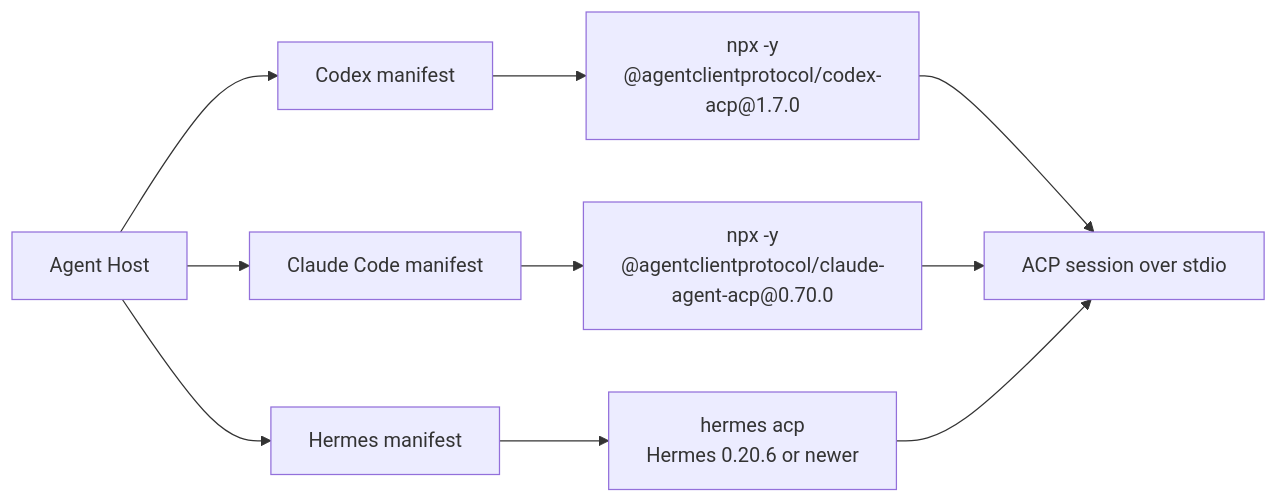
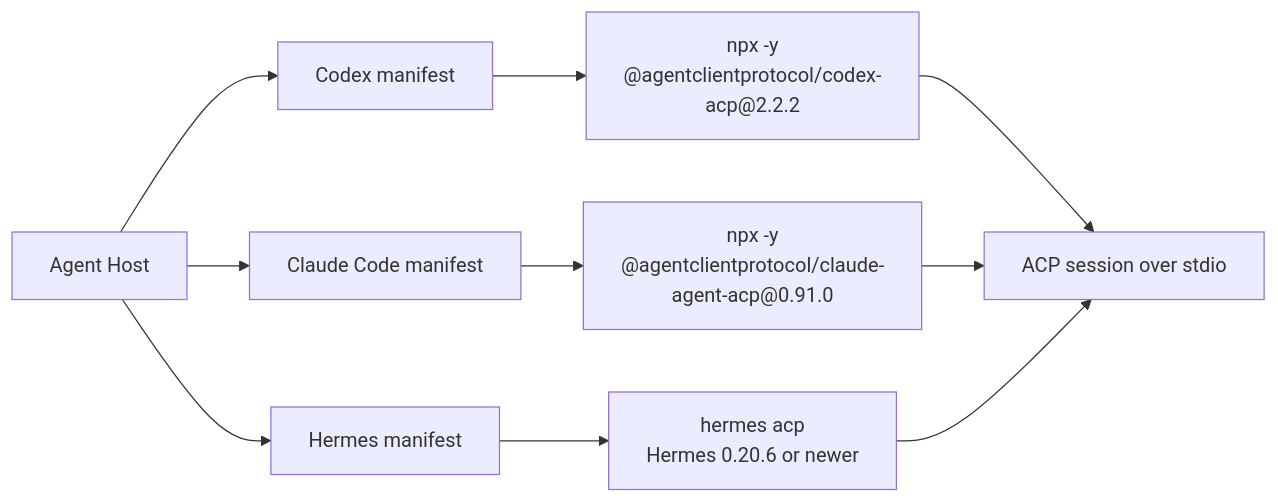
Before and after one commit to LayerNorm/overlay-web: the sixth of 8 diagrams in internal/develop/bring-your-own-agents.md, drawn with Mermaid. The commit also changed other lines of this file and 71 other files, not shown here.

````diff
--- a/internal/develop/bring-your-own-agents.md
+++ b/internal/develop/bring-your-own-agents.md
@@ -911,15 +853,15 @@
 ```mermaid
 flowchart LR
     Host["Agent Host"]
     Codex["Codex manifest"]
     Claude["Claude Code manifest"]
     Hermes["Hermes manifest"]
-    CodexProcess["npx -y<br/>@agentclientprotocol/codex-acp@1.7.0"]
-    ClaudeProcess["npx -y<br/>@agentclientprotocol/claude-agent-acp@0.70.0"]
+    CodexProcess["npx -y<br/>@agentclientprotocol/codex-acp@2.2.2"]
+    ClaudeProcess["npx -y<br/>@agentclientprotocol/claude-agent-acp@0.91.0"]
     HermesProcess["hermes acp<br/>Hermes 0.20.6 or newer"]
     Session["ACP session over stdio"]
 
     Host --> Codex --> CodexProcess --> Session
     Host --> Claude --> ClaudeProcess --> Session
     Host --> Hermes --> HermesProcess --> Session
 ```
````
